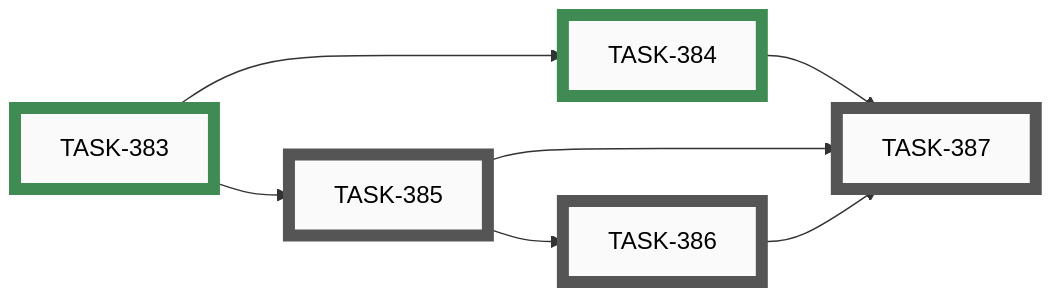
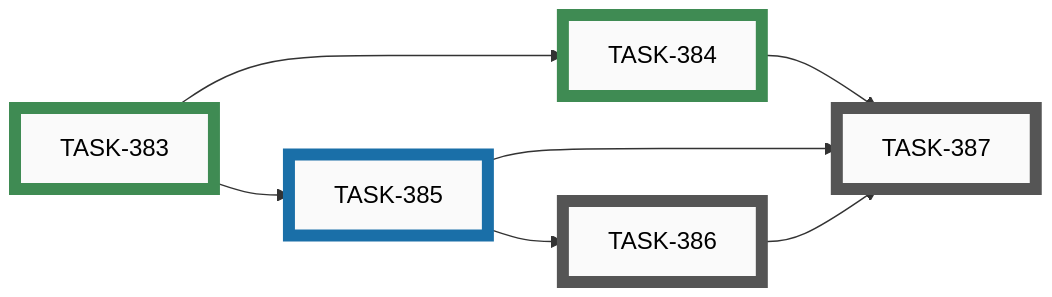
The tenth of 11 diagrams in docs/developers/tasks/EPICS.md (tgd1975/AwesomeGuitarPedal), drawn with Mermaid before and after one commit. The commit also changed other lines of this file and 10 other files, not shown here.

First line of the commit message:
TASK-385: wiring tool LED group modes — on/off/blinking/chase/cycle-all (EPIC-030)

````diff
--- a/docs/developers/tasks/EPICS.md
+++ b/docs/developers/tasks/EPICS.md
@@ -374,27 +374,27 @@
 ```mermaid
 graph LR
-    TASK_385["TASK-385"]:::open
     TASK_386["TASK-386"]:::open
     TASK_387["TASK-387"]:::open
+    TASK_385["TASK-385"]:::active
     TASK_383["TASK-383"]:::closed
     TASK_384["TASK-384"]:::closed
-    TASK_383 --> TASK_385
     TASK_385 --> TASK_386
     TASK_384 --> TASK_387
     TASK_385 --> TASK_387
     TASK_386 --> TASK_387
+    TASK_383 --> TASK_385
     TASK_383 --> TASK_384
-    click TASK_385 "open/task-385-wiring-test-tool-led-group-modes.md"
     click TASK_386 "open/task-386-wiring-test-tool-led-individual-mode.md"
     click TASK_387 "open/task-387-wiring-test-tool-final-bindings-help-legend-builder-doc.md"
+    click TASK_385 "active/task-385-wiring-test-tool-led-group-modes.md"
     click TASK_383 "closed/task-383-wiring-test-tool-env-makefile-scaffolding.md"
     click TASK_384 "closed/task-384-wiring-test-tool-button-mode.md"
     classDef open    fill:#FAFAFA,stroke:#555,stroke-width:8px,color:#000
     classDef active  fill:#FAFAFA,stroke:#1A6FA8,stroke-width:8px,color:#000
     classDef closed  fill:#FAFAFA,stroke:#3F8B53,stroke-width:8px,color:#000
     classDef paused  fill:#FAFAFA,stroke:#B07810,stroke-width:8px,color:#000
     classDef openExt    fill:#000,stroke:#888,stroke-width:8px,color:#FFF
     classDef activeExt  fill:#000,stroke:#3FA9F5,stroke-width:8px,color:#FFF
     classDef closedExt  fill:#000,stroke:#7CC68A,stroke-width:8px,color:#FFF
     classDef pausedExt  fill:#000,stroke:#F0B030,stroke-width:8px,color:#FFF
 ```
````
